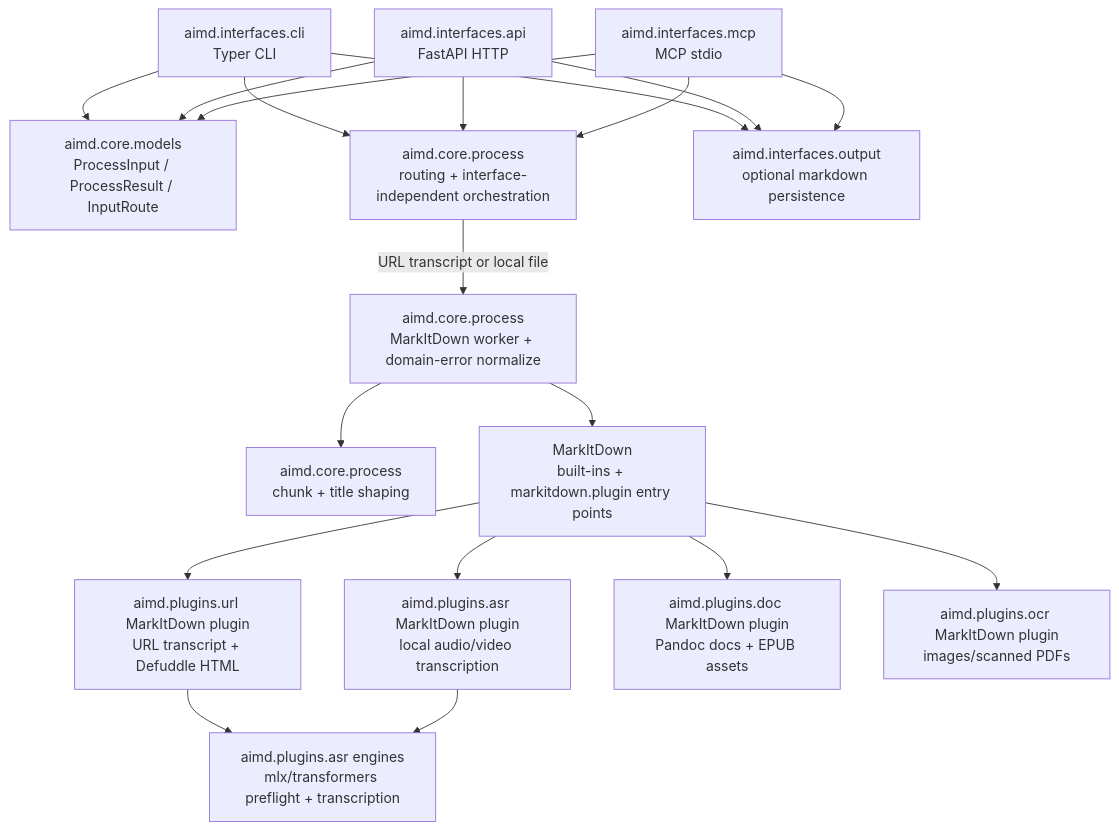
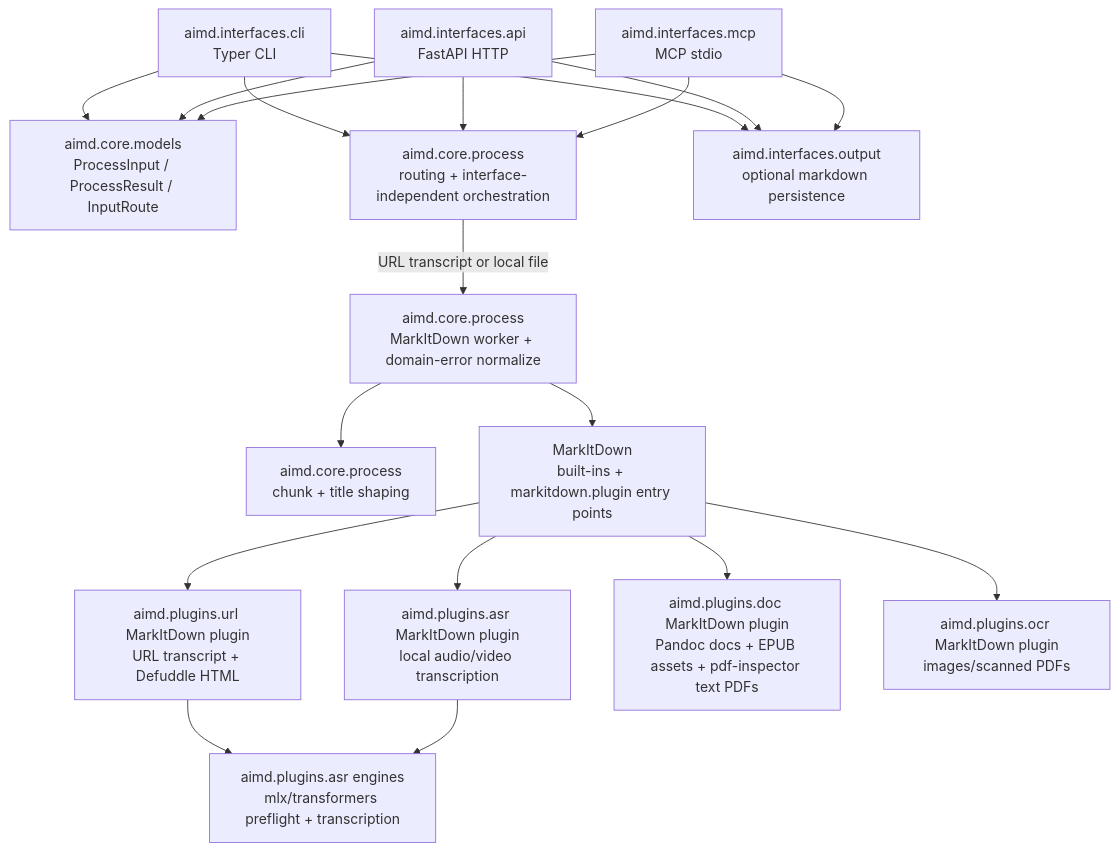
One commit to shuuul/aimd changed the diagram in AGENTS.md. Above: the diagram before and after it, drawn with Mermaid. The commit also changed other lines of this file and 8 other files, not shown here.

First line of the commit message:
feat(doc): convert text-layer PDFs with pdf-inspector

````diff
--- a/AGENTS.md
+++ b/AGENTS.md
@@ -44,35 +44,35 @@
 ```mermaid
 flowchart TD
     CLI["aimd.interfaces.cli\nTyper CLI"]
     API["aimd.interfaces.api\nFastAPI HTTP"]
     MCP["aimd.interfaces.mcp\nMCP stdio"]
 
     Models["aimd.core.models\nProcessInput / ProcessResult / InputRoute"]
     Process["aimd.core.process\nrouting + interface-independent orchestration"]
 
     MID["aimd.core.process\nMarkItDown worker + domain-error normalize"]
     Markdown["aimd.core.process\nchunk + title shaping"]
 
     URLPlugin["aimd.plugins.url MarkItDown plugin\nURL transcript + Defuddle HTML"]
     ASRPlugin["aimd.plugins.asr MarkItDown plugin\nlocal audio/video transcription"]
     ASR["aimd.plugins.asr engines\nmlx/transformers preflight + transcription"]
-    DocPlugin["aimd.plugins.doc MarkItDown plugin\nPandoc docs + EPUB assets"]
+    DocPlugin["aimd.plugins.doc MarkItDown plugin\nPandoc docs + EPUB assets + pdf-inspector text PDFs"]
     OCRPlugin["aimd.plugins.ocr MarkItDown plugin\nimages/scanned PDFs"]
     MarkItDown["MarkItDown\nbuilt-ins + markitdown.plugin entry points"]
 
     CLI --> Models
     API --> Models
     MCP --> Models
     CLI --> Process
     API --> Process
     MCP --> Process
     Process -->|URL transcript or local file| MID --> MarkItDown
     MarkItDown --> URLPlugin --> ASR
     MarkItDown --> ASRPlugin --> ASR
     MarkItDown --> DocPlugin
     MarkItDown --> OCRPlugin
     MID --> Markdown
     CLI --> Output["aimd.interfaces.output\noptional markdown persistence"]
     API --> Output
     MCP --> Output
 ```
````
